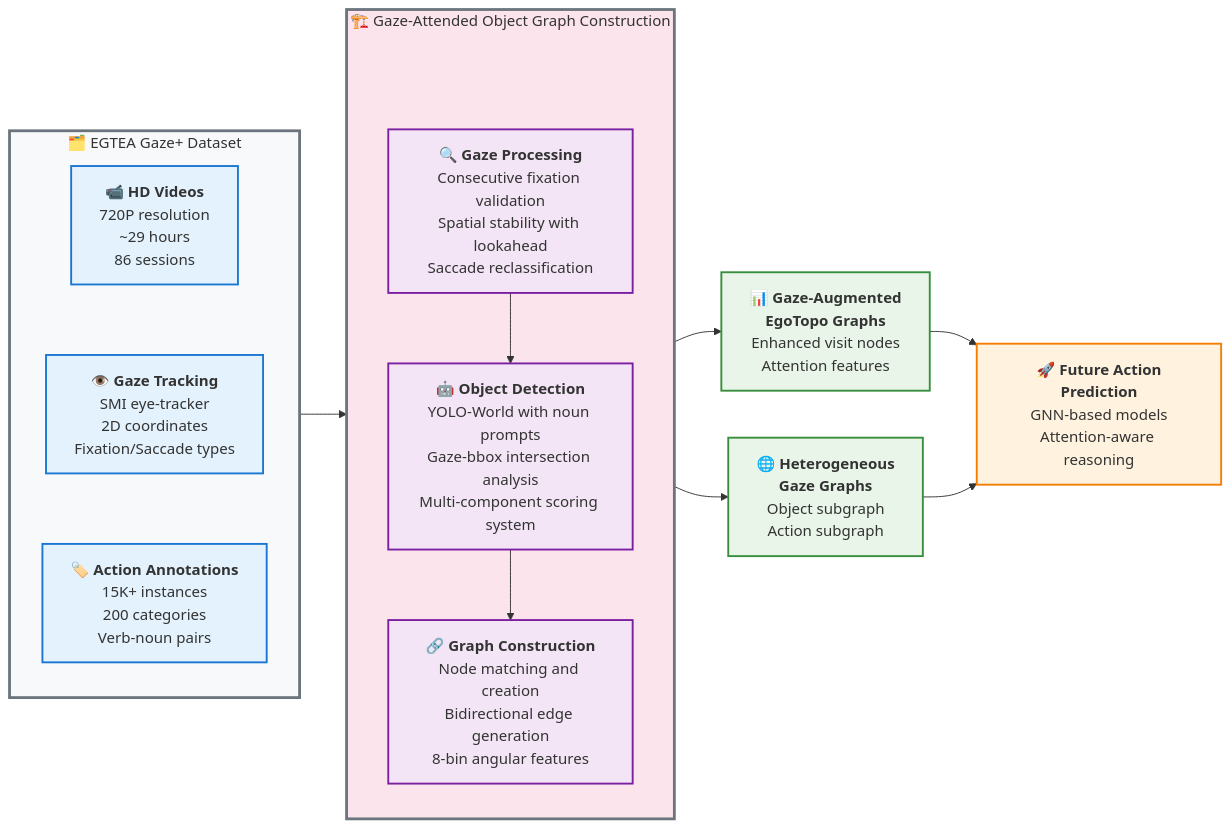
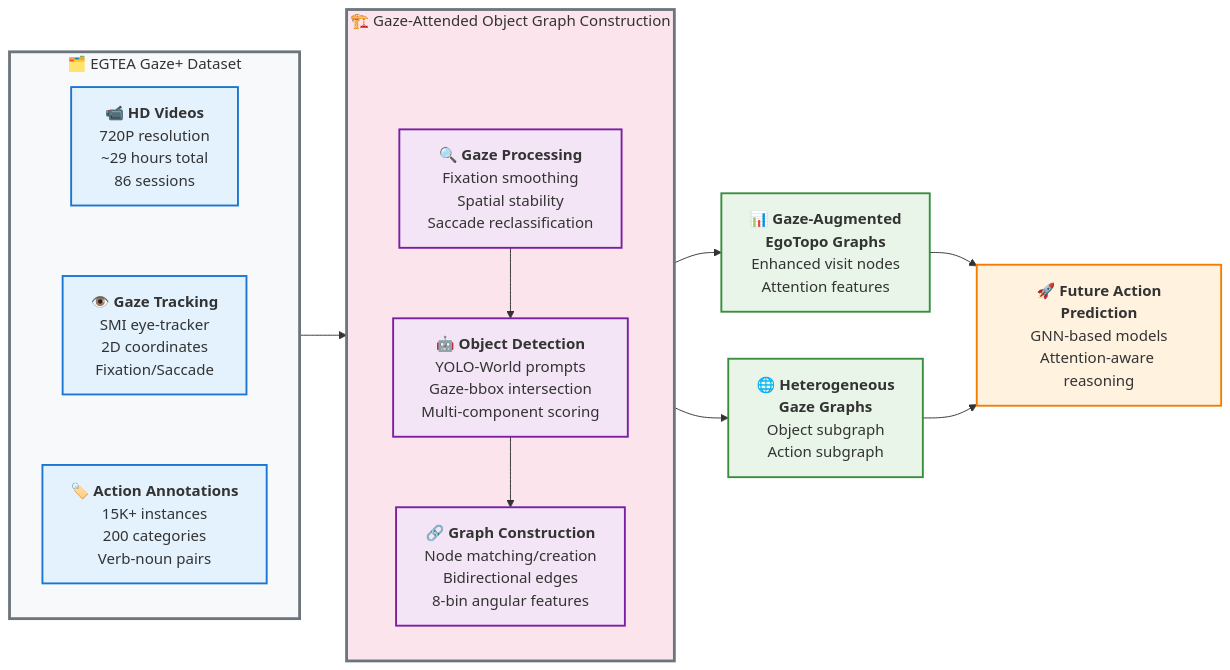
The diagram in figures/graph-construction-overview.md (tavis-siebert/gaze-guided-scene), drawn with Mermaid before and after one commit. The commit also changed other lines of this file, not shown here.

Commit message:
feat(figures): make pipeline node bullets more concise
Shortened bullet points to fit single lines for better diagram readability

```diff
--- a/figures/graph-construction-overview.md
+++ b/figures/graph-construction-overview.md
@@ -9,13 +9,13 @@
         direction TB
         A["`📹 **HD Videos**
         720P resolution
-        ~29 hours
+        ~29 hours total
         86 sessions`"]
         
         B["`👁️ **Gaze Tracking**
         SMI eye-tracker
         2D coordinates
-        Fixation/Saccade types`"]
+        Fixation/Saccade`"]
         
         C["`🏷️ **Action Annotations**
         15K+ instances
@@ -33,18 +33,18 @@
         dummy(( )):::spacer
 
         D["`🔍 **Gaze Processing**
-        Consecutive fixation validation
-        Spatial stability with lookahead
+        Fixation smoothing
+        Spatial stability
         Saccade reclassification`"]
         
         E["`🤖 **Object Detection**
-        YOLO-World with noun prompts
-        Gaze-bbox intersection analysis
-        Multi-component scoring system`"]
+        YOLO-World prompts
+        Gaze-bbox intersection
+        Multi-component scoring`"]
         
         F["`🔗 **Graph Construction**
-        Node matching and creation
-        Bidirectional edge generation
+        Node matching/creation
+        Bidirectional edges
         8-bin angular features`"]
         
         dummy ~~~ D
```
